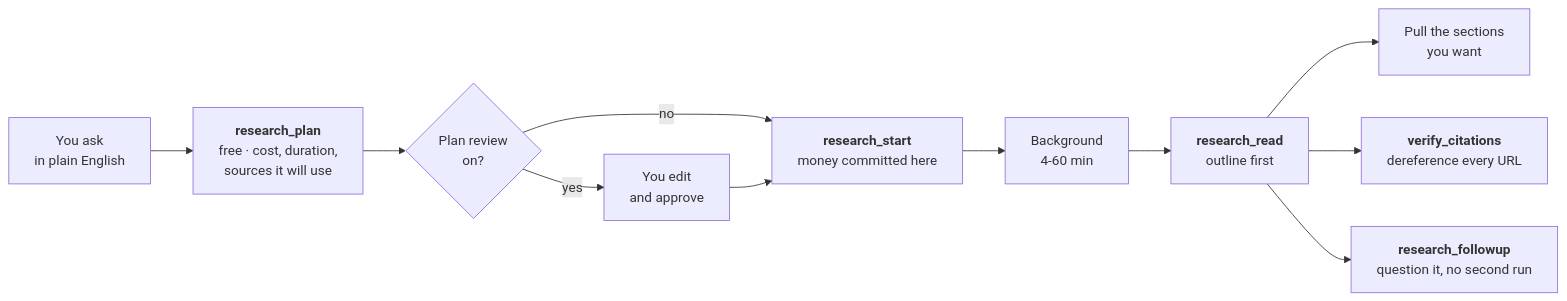
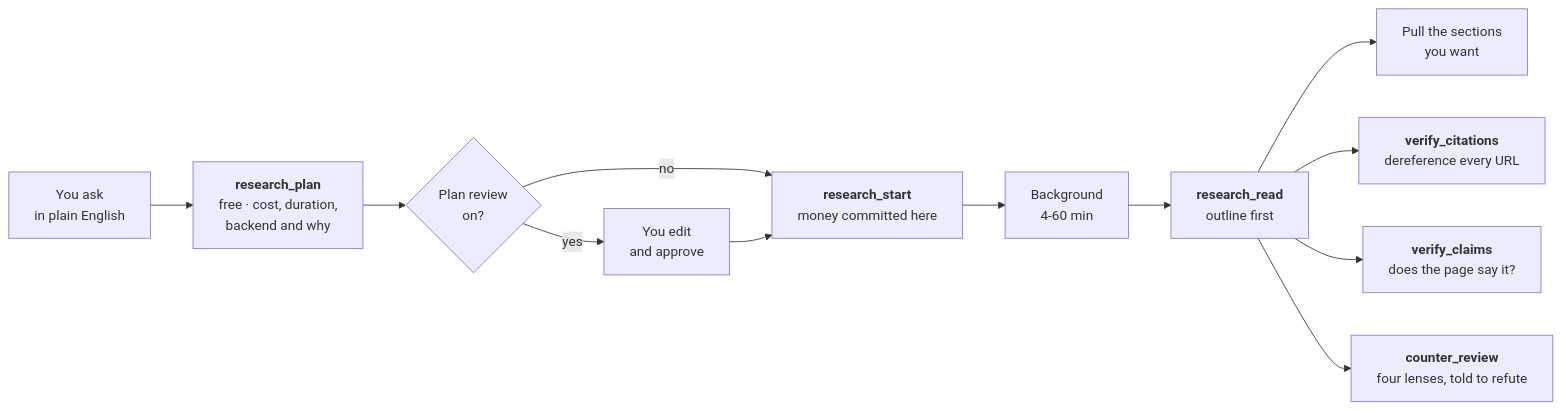
One commit to fledgeling-co/dossier-research-mcp changed the diagram in README.md. Above: the diagram before and after it, drawn with Mermaid. The commit also changed other lines of this file, not shown here.

First line of the commit message:
Rewrite the README for what 0.3.0 actually does

````diff
--- a/README.md
+++ b/README.md
@@ -134,13 +188,14 @@
 ```mermaid
 graph LR
-    A["You ask<br/>in plain English"] --> B["<b>research_plan</b><br/>free · cost, duration,<br/>sources it will use"]
+    A["You ask<br/>in plain English"] --> B["<b>research_plan</b><br/>free · cost, duration,<br/>backend and why"]
     B --> C{"Plan review<br/>on?"}
     C -->|yes| D["You edit<br/>and approve"]
     C -->|no| E["<b>research_start</b><br/>money committed here"]
     D --> E
     E --> F["Background<br/>4-60 min"]
     F --> G["<b>research_read</b><br/>outline first"]
     G --> H["Pull the sections<br/>you want"]
     G --> I["<b>verify_citations</b><br/>dereference every URL"]
-    G --> J["<b>research_followup</b><br/>question it, no second run"]
+    G --> J["<b>verify_claims</b><br/>does the page say it?"]
+    G --> K["<b>counter_review</b><br/>four lenses, told to refute"]
 ```
````
